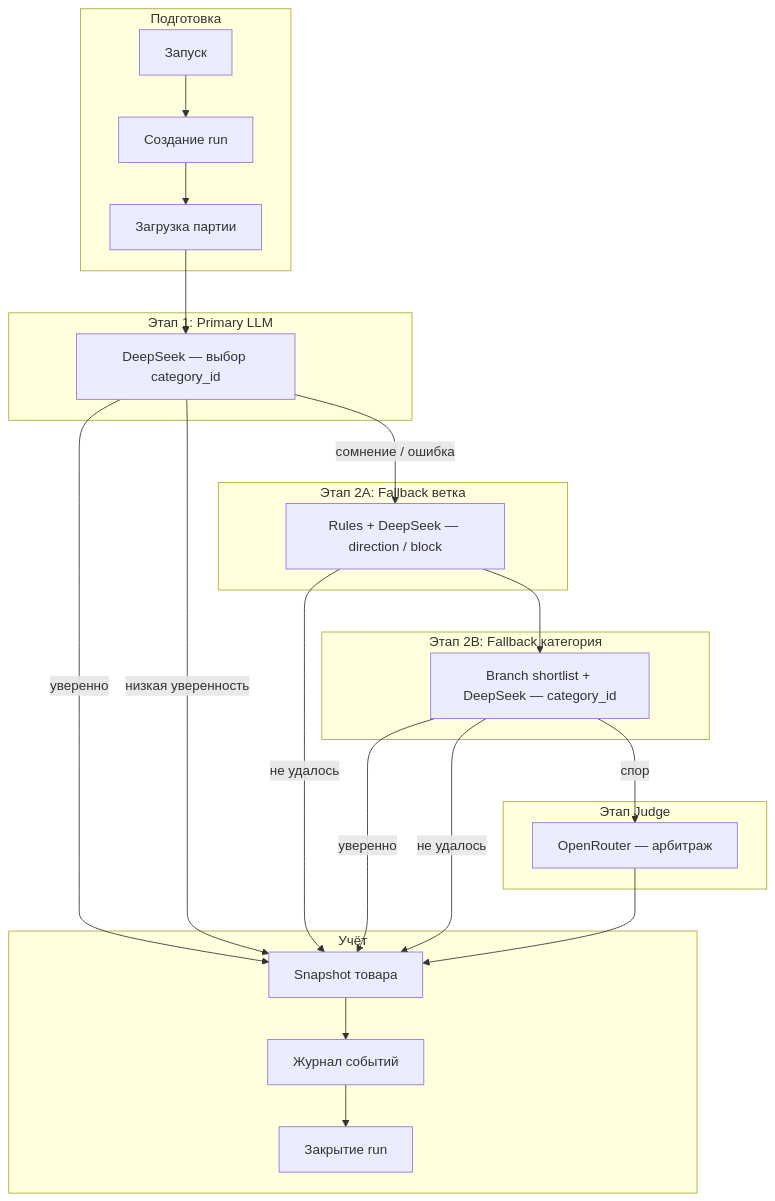
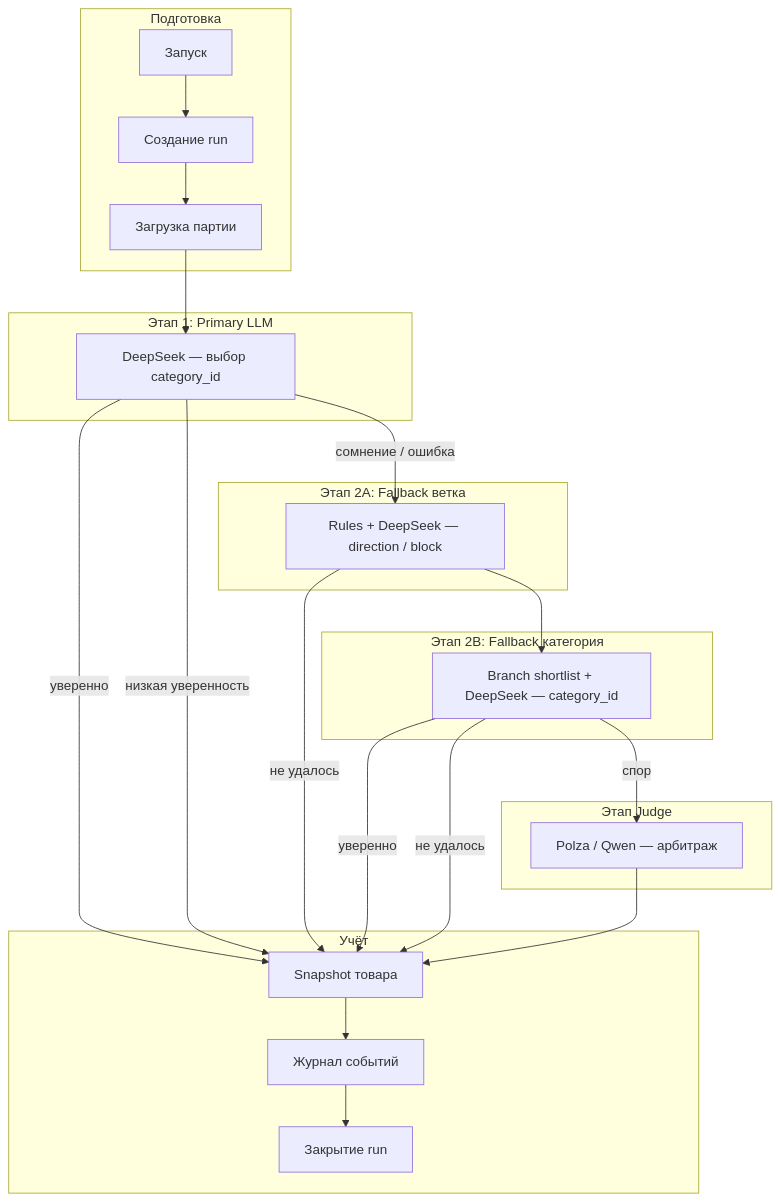
Before and after one commit to SergeSychov/Classification: the diagram in Categories/stage2_node_map.md, drawn with Mermaid. The commit also changed other lines of this file and 16 other files, not shown here.

First line of the commit message:
Switch Judge from OpenRouter to Polza.ai/Qwen after aggregator access issues.

````diff
--- a/Categories/stage2_node_map.md
+++ b/Categories/stage2_node_map.md
@@ -20,42 +20,42 @@
 ```mermaid
 flowchart TB
   subgraph SETUP["Подготовка"]
     IN[Запуск]
     RUN[Создание run]
     LOAD[Загрузка партии]
   end
 
   subgraph P1["Этап 1: Primary LLM"]
     P1L[DeepSeek — выбор category_id]
   end
 
   subgraph A2["Этап 2A: Fallback ветка"]
     A2R[Rules + DeepSeek — direction / block]
   end
 
   subgraph B2["Этап 2B: Fallback категория"]
     B2R[Branch shortlist + DeepSeek — category_id]
   end
 
   subgraph JUDGE["Этап Judge"]
-    JR[OpenRouter — арбитраж]
+    JR[Polza / Qwen — арбитраж]
   end
 
   subgraph DB["Учёт"]
     SNAP[Snapshot товара]
     LOG[Журнал событий]
     FIN[Закрытие run]
   end
 
   IN --> RUN --> LOAD --> P1L
   P1L -->|уверенно| SNAP
   P1L -->|сомнение / ошибка| A2R
   P1L -->|низкая уверенность| SNAP
   A2R --> B2R
   A2R -->|не удалось| SNAP
   B2R -->|уверенно| SNAP
   B2R -->|спор| JR
   B2R -->|не удалось| SNAP
   JR --> SNAP
   SNAP --> LOG --> FIN
 ```
````
